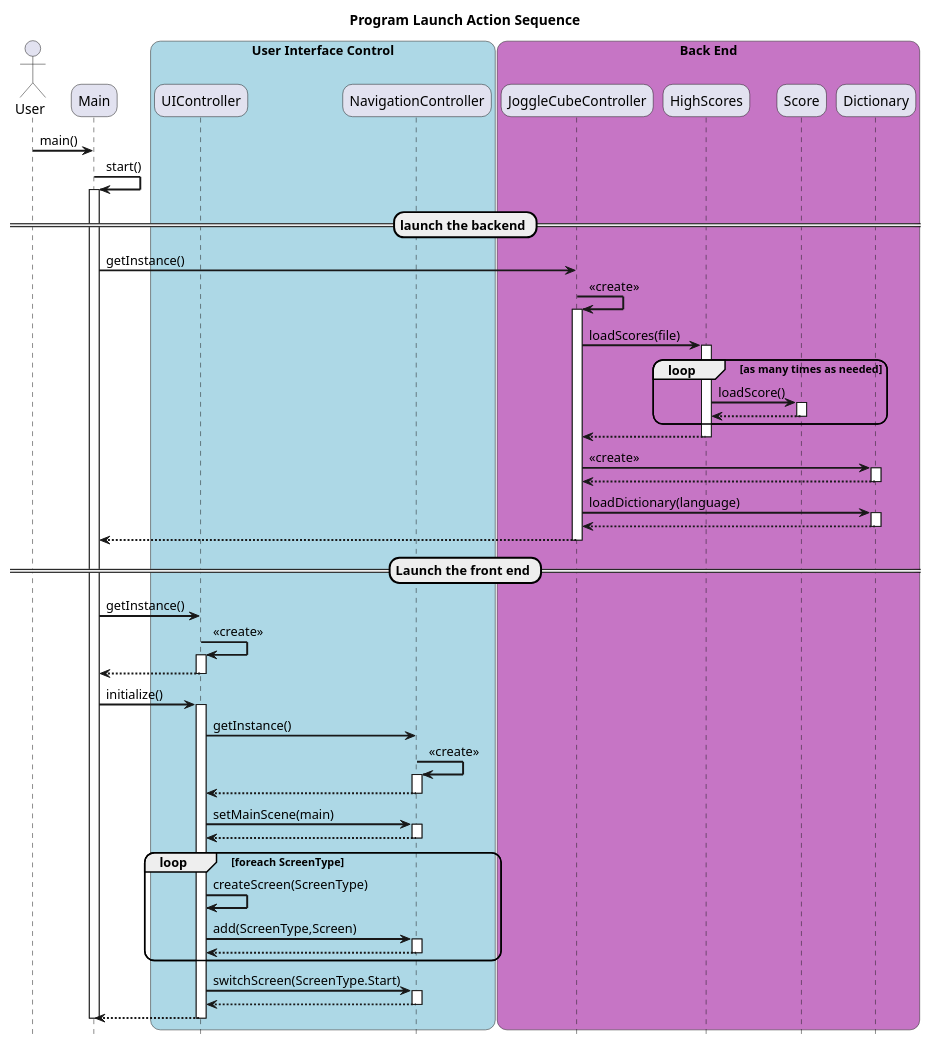
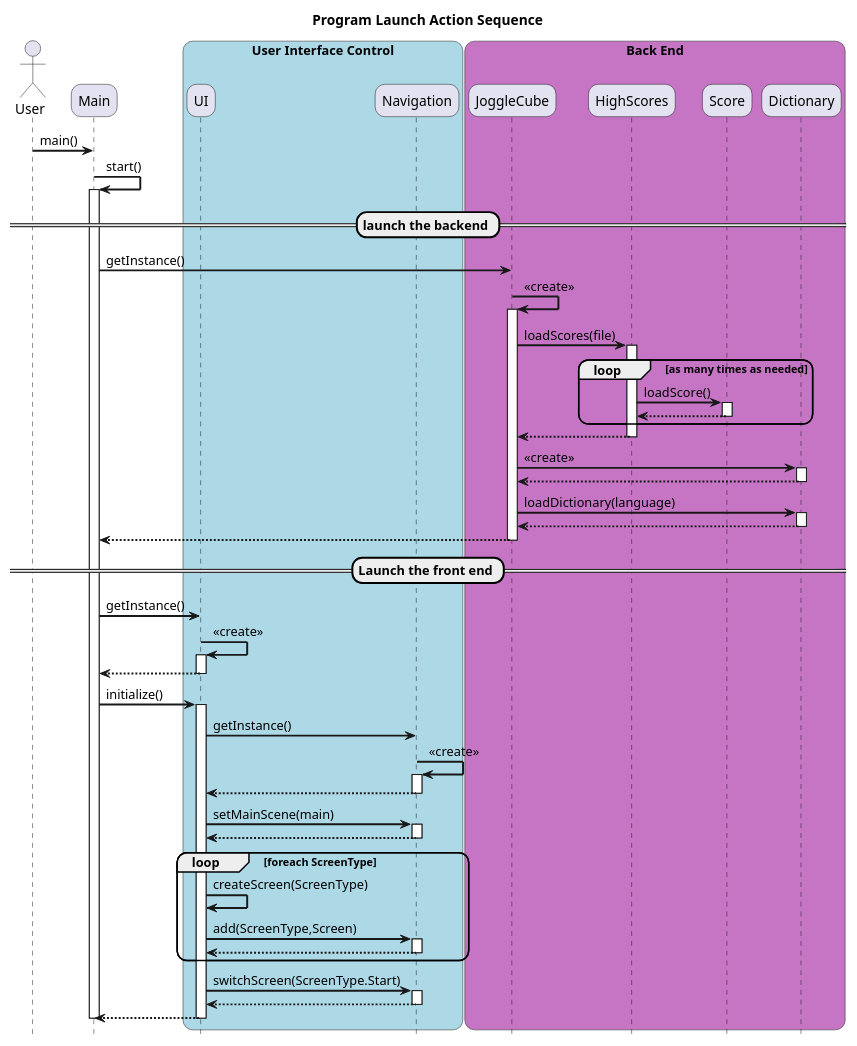
The diagram in docs/Sequence/Main.pu (rhys3010/JoggleCube), drawn with PlantUML before and after one commit. The commit also changed 2 other files, not shown here.

Commit message:
completed start sequence diagram

```diff
--- a/docs/Sequence/Main.pu
+++ b/docs/Sequence/Main.pu
@@ -1,111 +1,111 @@
 @startuml
 hide footbox
 
 title Program Launch Action Sequence
 
 skinparam sequenceArrowThickness 2
 skinparam roundcorner 20
 skinparam maxmessagesize 60
 
 
 actor User
 
 participant Main
 
 box "User Interface Control" #LightBlue
 
-participant UIController
-participant NavigationController
+participant UI
+participant Navigation
 
 end box
 
 
 box "Back End" #c675c5
 
-participant JoggleCubeController
+participant JoggleCube
 participant HighScores
 participant Score
 participant Dictionary
 
 end box
 
 
 
 User -> Main : main()
 Main -> Main : start()
 activate Main
 
 == launch the backend ==
-Main -> JoggleCubeController : getInstance()
-JoggleCubeController -> JoggleCubeController : <<create>>
-activate JoggleCubeController
+Main -> JoggleCube : getInstance()
+JoggleCube -> JoggleCube : <<create>>
+activate JoggleCube
 
-JoggleCubeController -> HighScores : loadScores(file)
+JoggleCube -> HighScores : loadScores(file)
 activate HighScores
 
 loop as many times as needed
     HighScores -> Score : loadScore()
     activate Score
     Score --> HighScores
     deactivate Score
 end
 
-HighScores --> JoggleCubeController
+HighScores --> JoggleCube
 deactivate HighScores
 
-JoggleCubeController -> Dictionary : <<create>>
+JoggleCube -> Dictionary : <<create>>
 activate Dictionary
 
-Dictionary --> JoggleCubeController
+Dictionary --> JoggleCube
 deactivate Dictionary
 
-JoggleCubeController -> Dictionary : loadDictionary(language)
+JoggleCube -> Dictionary : loadDictionary(language)
 activate Dictionary
 
-Dictionary --> JoggleCubeController
+Dictionary --> JoggleCube
 deactivate Dictionary
 
-JoggleCubeController --> Main
-deactivate JoggleCubeController
+JoggleCube --> Main
+deactivate JoggleCube
 
 == Launch the front end ==
 
-Main -> UIController : getInstance()
+Main -> UI : getInstance()
 
-UIController -> UIController : <<create>>
-activate UIController
+UI -> UI : <<create>>
+activate UI
 
 
-UIController --> Main
-deactivate UIController
-Main -> UIController : initialize()
-activate UIController
-UIController -> NavigationController : getInstance()
+UI --> Main
+deactivate UI
+Main -> UI : initialize()
+activate UI
+UI -> Navigation : getInstance()
 
-NavigationController -> NavigationController : <<create>>
-activate NavigationController
-NavigationController --> UIController
-deactivate NavigationController
+Navigation -> Navigation : <<create>>
+activate Navigation
+Navigation --> UI
+deactivate Navigation
 
-UIController -> NavigationController : setMainScene(main)
-activate NavigationController
-NavigationController --> UIController
-deactivate NavigationController
+UI -> Navigation : setMainScene(main)
+activate Navigation
+Navigation --> UI
+deactivate Navigation
 
 loop foreach ScreenType
-    UIController -> UIController : createScreen(ScreenType)
-    UIController -> NavigationController : add(ScreenType,Screen)
-    activate NavigationController
-    NavigationController --> UIController
-    deactivate NavigationController
+    UI -> UI : createScreen(ScreenType)
+    UI -> Navigation : add(ScreenType,Screen)
+    activate Navigation
+    Navigation --> UI
+    deactivate Navigation
 end
 
-UIController -> NavigationController : switchScreen(ScreenType.Start)
-activate NavigationController
-NavigationController --> UIController
-deactivate NavigationController
-UIController --> Main
-deactivate UIController
+UI -> Navigation : switchScreen(ScreenType.Start)
+activate Navigation
+Navigation --> UI
+deactivate Navigation
+UI --> Main
+deactivate UI
 deactivate Main
 
 @enduml
```
